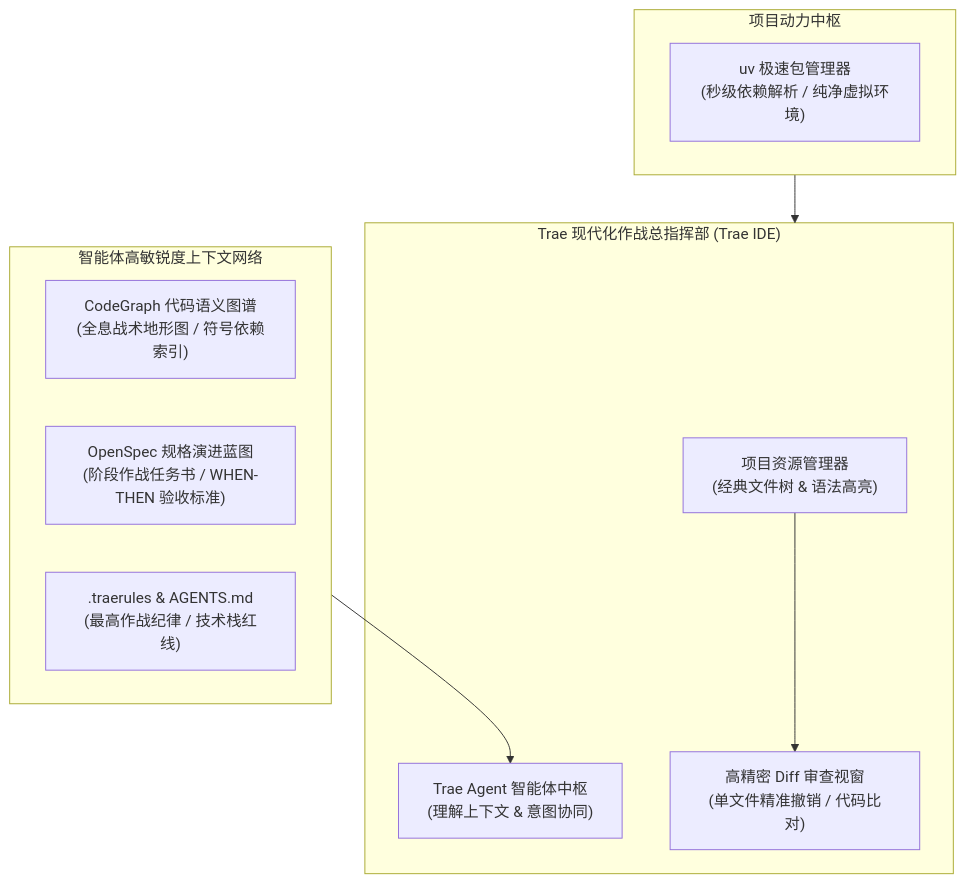
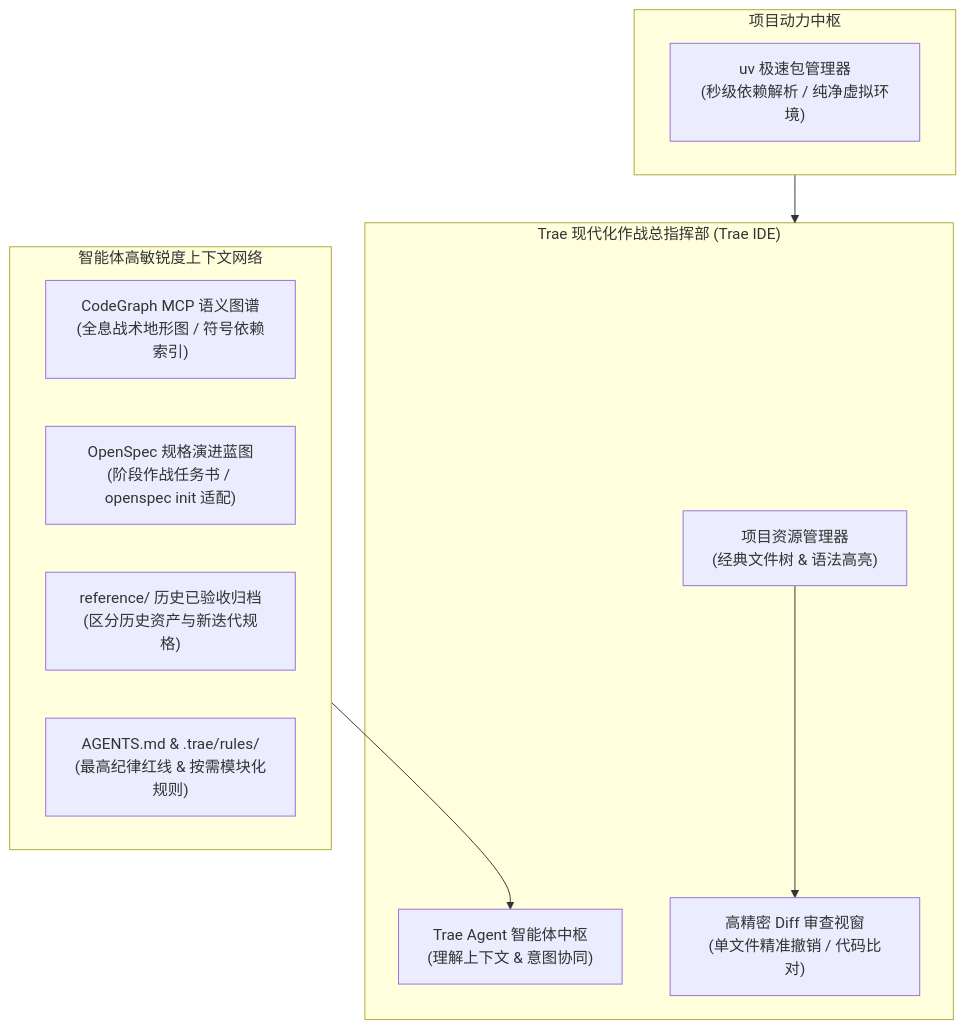
One commit to buffer121328/vibe-coding-and-agents changed the first of 3 diagrams in 06_Trae实战/02_环境基建与项目导入：在Trae中建立上下文与依赖安装.md. Above: the diagram before and after it, drawn with Mermaid. The commit also changed other lines of this file and 98 other files, not shown here.

````diff
--- a/06_Trae实战/02_环境基建与项目导入：在Trae中建立上下文与依赖安装.md
+++ b/06_Trae实战/02_环境基建与项目导入：在Trae中建立上下文与依赖安装.md
@@ -11,22 +11,23 @@
 ```mermaid
 graph TD
     subgraph HQ ["Trae 现代化作战总指挥部 (Trae IDE)"]
         Tree["项目资源管理器<br/>(经典文件树 & 语法高亮)"]
         AgentCore["Trae Agent 智能体中枢<br/>(理解上下文 & 意图协同)"]
         DiffView["高精密 Diff 审查视窗<br/>(单文件精准撤销 / 代码比对)"]
     end
 
     subgraph ContextNetwork ["智能体高敏锐度上下文网络"]
-        CG["CodeGraph 代码语义图谱<br/>(全息战术地形图 / 符号依赖索引)"]
-        OS["OpenSpec 规格演进蓝图<br/>(阶段作战任务书 / WHEN-THEN 验收标准)"]
-        Rules[".traerules & AGENTS.md<br/>(最高作战纪律 / 技术栈红线)"]
+        CG["CodeGraph MCP 语义图谱<br/>(全息战术地形图 / 符号依赖索引)"]
+        OS["OpenSpec 规格演进蓝图<br/>(阶段作战任务书 / openspec init 适配)"]
+        Ref["reference/ 历史已验收归档<br/>(区分历史资产与新迭代规格)"]
+        Rules["AGENTS.md & .trae/rules/<br/>(最高纪律红线 & 按需模块化规则)"]
     end
 
     subgraph Fuel ["项目动力中枢"]
         UV["uv 极速包管理器<br/>(秒级依赖解析 / 纯净虚拟环境)"]
     end
 
     ContextNetwork --> AgentCore
     Fuel --> HQ
     Tree --> DiffView
 ```
````
